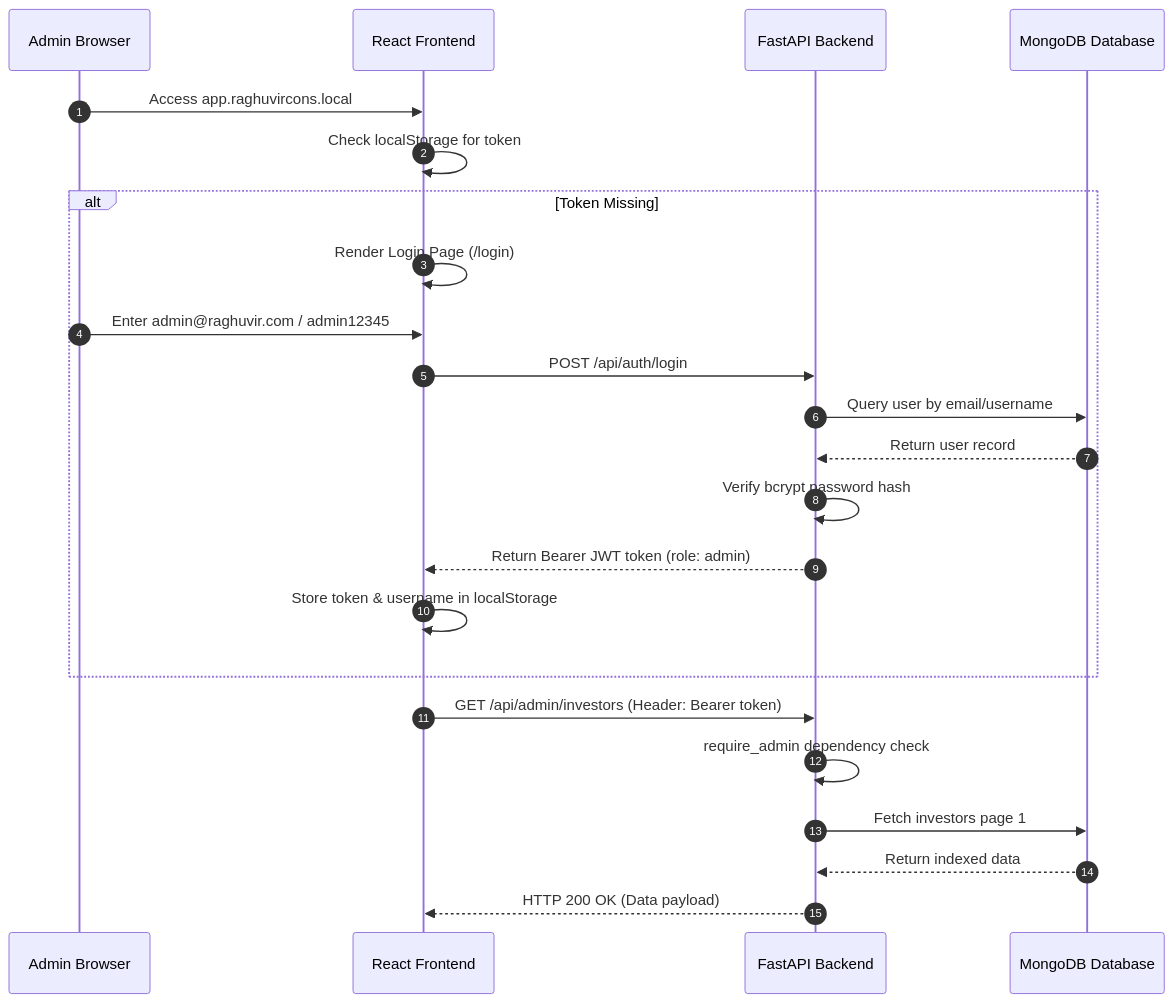
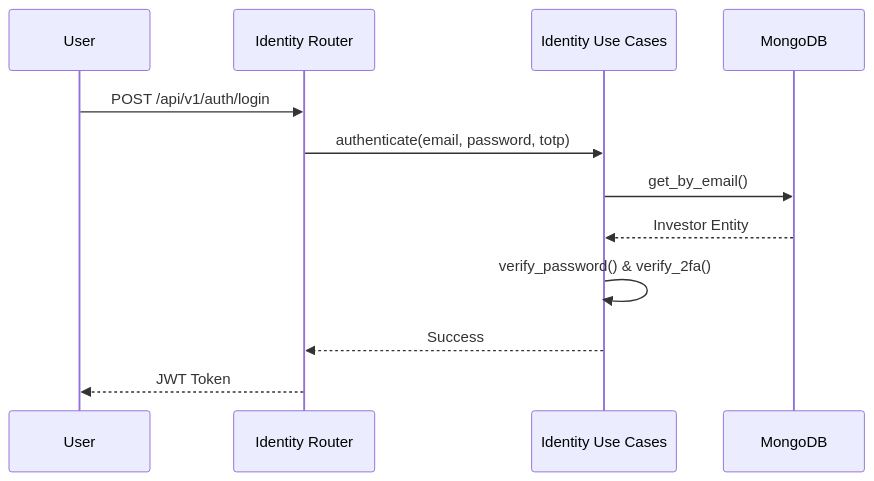
Before and after one commit to tejasrsuthar/raghuvirconsultants-site: the second of 2 diagrams in backend/docs/ARCHITECTURE.md, drawn with Mermaid. The commit also changed other lines of this file and 4 other files, not shown here.

Commit message:
feat: complete Task 15 - implement users router and RBAC assignment in Admin UI

````diff
--- a/backend/docs/ARCHITECTURE.md
+++ b/backend/docs/ARCHITECTURE.md
@@ -91,26 +45,15 @@
 ```mermaid
 sequenceDiagram
-    autonumber
-    participant Admin as Admin Browser
-    participant FE as React Frontend
-    participant BE as FastAPI Backend
-    participant DB as MongoDB Database
+    participant User
+    participant AuthRouter as Identity Router
+    participant Usecase as Identity Use Cases
+    participant DB as MongoDB
 
-    Admin->>FE: Access app.raghuvircons.local
-    FE->>FE: Check localStorage for token
-    alt Token Missing
-        FE->>FE: Render Login Page (/login)
-        Admin->>FE: Enter admin@raghuvir.com / admin12345
-        FE->>BE: POST /api/auth/login
-        BE->>DB: Query user by email/username
-        DB-->>BE: Return user record
-        BE->>BE: Verify bcrypt password hash
-        BE-->>FE: Return Bearer JWT token (role: admin)
-        FE->>FE: Store token & username in localStorage
-    end
-    FE->>BE: GET /api/admin/investors (Header: Bearer token)
-    BE->>BE: require_admin dependency check
-    BE->>DB: Fetch investors page 1
-    DB-->>BE: Return indexed data
-    BE-->>FE: HTTP 200 OK (Data payload)
+    User->>AuthRouter: POST /api/v1/auth/login
+    AuthRouter->>Usecase: authenticate(email, password, totp)
+    Usecase->>DB: get_by_email()
+    DB-->>Usecase: Investor Entity
+    Usecase->>Usecase: verify_password() & verify_2fa()
+    Usecase-->>AuthRouter: Success
+    AuthRouter-->>User: JWT Token
 ```
````
